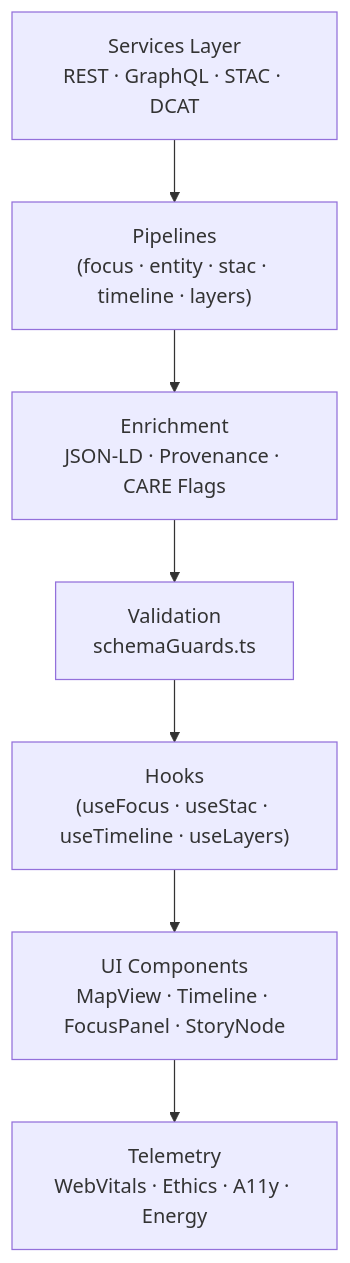
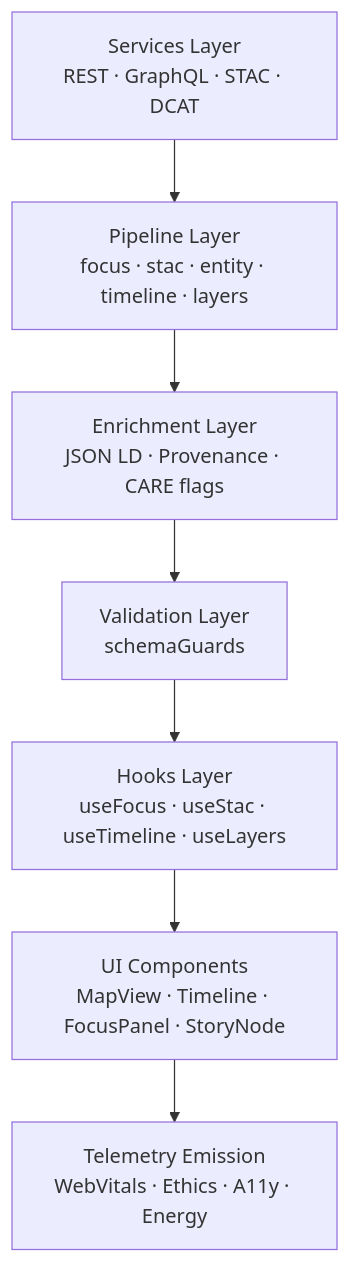
One commit to bartytime4life/Kansas-Frontier-Matrix changed the diagram in web/src/pipelines/README.md. Above: the diagram before and after it, drawn with Mermaid. The commit also changed other lines of this file, not shown here.

````diff
--- a/web/src/pipelines/README.md
+++ b/web/src/pipelines/README.md
@@ -72,10 +77,9 @@
-~~~~~mermaid
+```mermaid
 flowchart TD
-  A["Services Layer<br/>REST · GraphQL · STAC · DCAT"]
-    --> B["Pipelines<br/>(focus · entity · stac · timeline · layers)"]
-  B --> C["Enrichment<br/>JSON-LD · Provenance · CARE Flags"]
-  C --> D["Validation<br/>schemaGuards.ts"]
-  D --> E["Hooks<br/>(useFocus · useStac · useTimeline · useLayers)"]
-  E --> F["UI Components<br/>MapView · Timeline · FocusPanel · StoryNode"]
-  F --> G["Telemetry<br/>WebVitals · Ethics · A11y · Energy"]
-~~~~~
+    SVC[Services Layer<br/>REST · GraphQL · STAC · DCAT] --> PL[Pipeline Layer<br/>focus · stac · entity · timeline · layers]
+    PL --> ENR[Enrichment Layer<br/>JSON LD · Provenance · CARE flags]
+    ENR --> VAL[Validation Layer<br/>schemaGuards]
+    VAL --> HK[Hooks Layer<br/>useFocus · useStac · useTimeline · useLayers]
+    HK --> UI[UI Components<br/>MapView · Timeline · FocusPanel · StoryNode]
+    UI --> TEL[Telemetry Emission<br/>WebVitals · Ethics · A11y · Energy]
+```
````
